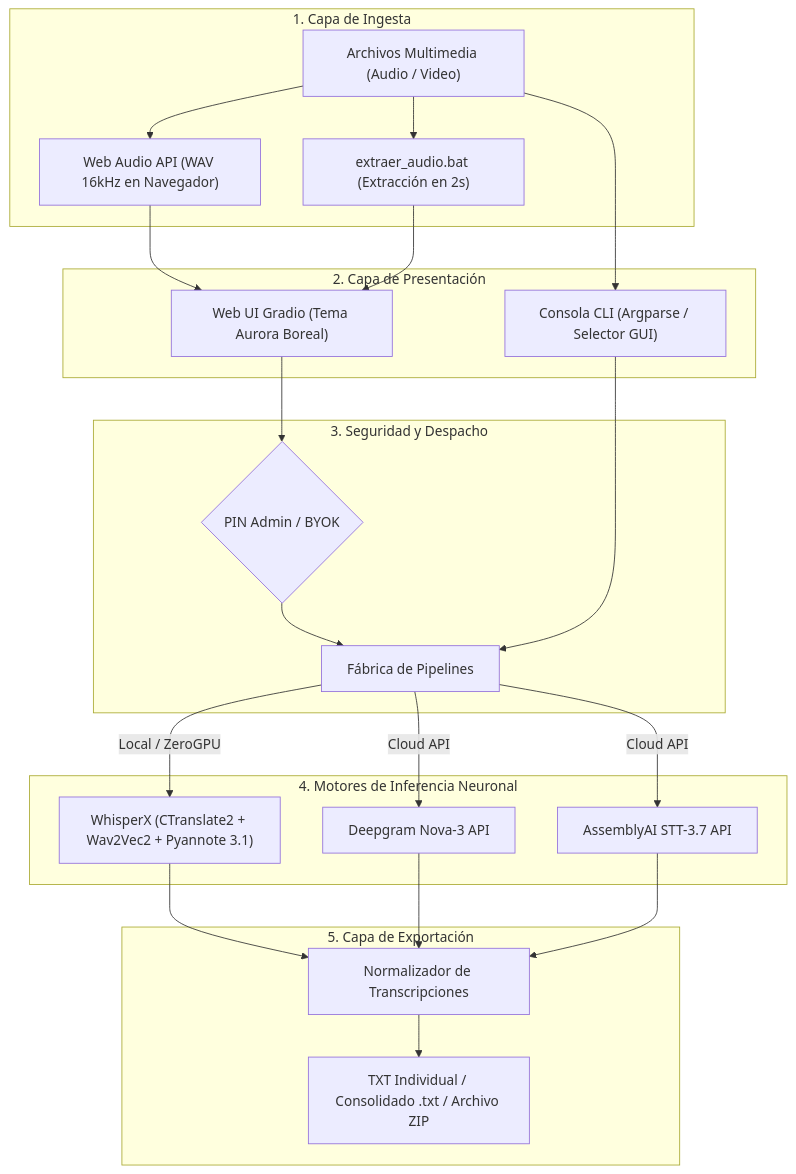
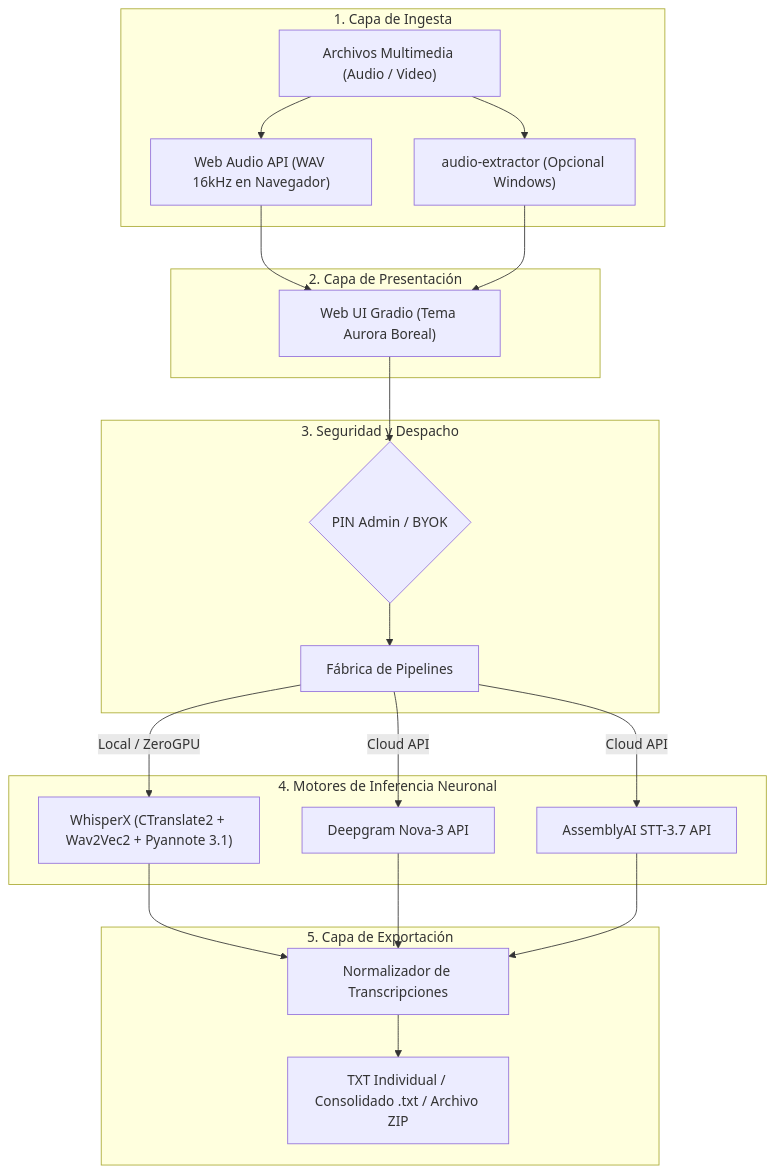
One commit to Klopezxd/transcriptor-suite changed the diagram in README.es.md. Above: the diagram before and after it, drawn with Mermaid. The commit also changed other lines of this file and 32 other files, not shown here.

````diff
--- a/README.es.md
+++ b/README.es.md
@@ -93,43 +77,40 @@
 ```mermaid
 flowchart TD
     subgraph Entrada ["1. Capa de Ingesta"]
         Media["Archivos Multimedia (Audio / Video)"]
-        Bat["extraer_audio.bat (Extracción en 2s)"]
+        Bat["audio-extractor (Opcional Windows)"]
         WebOpt["Web Audio API (WAV 16kHz en Navegador)"]
         Media --> Bat
         Media --> WebOpt
     end
 
     subgraph Interfaz ["2. Capa de Presentación"]
         WebUI["Web UI Gradio (Tema Aurora Boreal)"]
-        CLI["Consola CLI (Argparse / Selector GUI)"]
         WebOpt --> WebUI
         Bat --> WebUI
-        Media --> CLI
     end
 
     subgraph Control ["3. Seguridad y Despacho"]
         AuthGuard{"PIN Admin / BYOK"}
         Factory["Fábrica de Pipelines"]
         WebUI --> AuthGuard --> Factory
-        CLI --> Factory
     end
 
     subgraph Motores ["4. Motores de Inferencia Neuronal"]
         WX["WhisperX (CTranslate2 + Wav2Vec2 + Pyannote 3.1)"]
         DG["Deepgram Nova-3 API"]
         AA["AssemblyAI STT-3.7 API"]
         Factory -->|"Local / ZeroGPU"| WX
         Factory -->|"Cloud API"| DG
         Factory -->|"Cloud API"| AA
     end
 
     subgraph Salida ["5. Capa de Exportación"]
         Normalizer["Normalizador de Transcripciones"]
         Files["TXT Individual / Consolidado .txt / Archivo ZIP"]
         WX --> Normalizer
         DG --> Normalizer
         AA --> Normalizer
         Normalizer --> Files
     end
 ```
````
